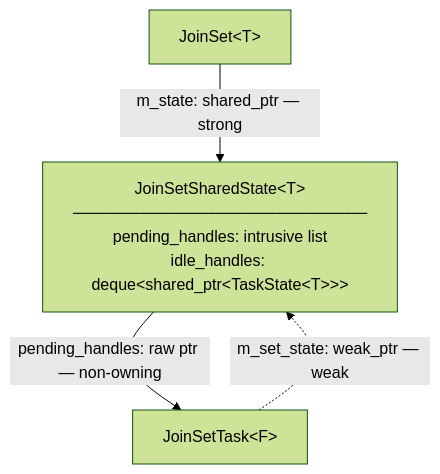
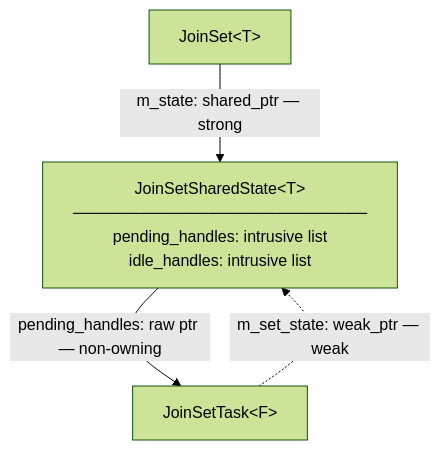
Before and after one commit to bts164/coro: the fourth of 6 diagrams in doc/design/task_ownership.md, drawn with Mermaid (forest theme). The commit also changed other lines of this file and 43 other files, not shown here.

````diff
--- a/doc/design/task_ownership.md
+++ b/doc/design/task_ownership.md
@@ -153,10 +160,10 @@
 ```mermaid
 graph TD
     JS["JoinSet&lt;T&gt;"]
-    State["JoinSetSharedState&lt;T&gt;\n──────────────────────────\npending_handles: intrusive list\nidle_handles: deque&lt;shared_ptr&lt;TaskState&lt;T&gt;&gt;&gt;"]
+    State["JoinSetSharedState&lt;T&gt;\n──────────────────────────\npending_handles: intrusive list\nidle_handles: intrusive list"]
     Task["JoinSetTask&lt;F&gt;"]
 
     JS -->|"m_state: shared_ptr — strong"| State
     State -->|"pending_handles: raw ptr — non-owning"| Task
     Task -. "m_set_state: weak_ptr — weak" .-> State
 ```
````
